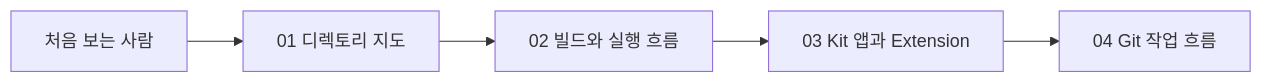
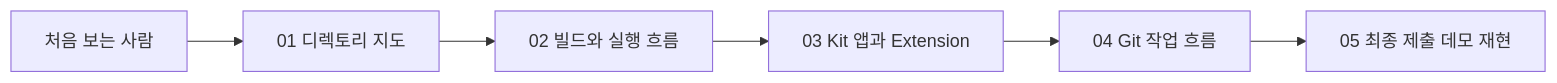
Before and after one commit to SJoon99/Creative-Self-Motivating: the diagram in docs/README.md, drawn with Mermaid. The commit also changed other lines of this file and 4 other files, not shown here.

````diff
--- a/docs/README.md
+++ b/docs/README.md
@@ -9,7 +9,8 @@
 ```mermaid
 flowchart LR
     A[처음 보는 사람] --> B[01 디렉토리 지도]
     B --> C[02 빌드와 실행 흐름]
     C --> D[03 Kit 앱과 Extension]
     D --> E[04 Git 작업 흐름]
+    E --> F[05 최종 제출 데모 재현]
 ```
````
